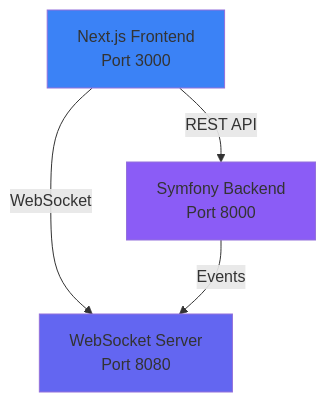
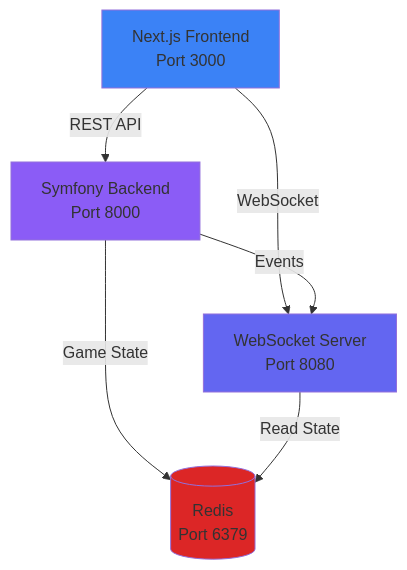
One commit to svenjens/monopoly-game changed the first of 2 diagrams in README.md. Above: the diagram before and after it, drawn with Mermaid. The commit also changed other lines of this file, not shown here.

First line of the commit message:
docs: add comprehensive UML diagrams and architecture documentation

````diff
--- a/README.md
+++ b/README.md
@@ -7,14 +8,18 @@
 ```mermaid
 graph TB
     Frontend[Next.js Frontend<br/>Port 3000]
     Backend[Symfony Backend<br/>Port 8000]
     WebSocket[WebSocket Server<br/>Port 8080]
+    Redis[(Redis<br/>Port 6379)]
     
     Frontend -->|REST API| Backend
     Frontend -->|WebSocket| WebSocket
     Backend -->|Events| WebSocket
+    Backend -->|Game State| Redis
+    WebSocket -->|Read State| Redis
     
     style Frontend fill:#3b82f6
     style Backend fill:#8b5cf6
     style WebSocket fill:#6366f1
+    style Redis fill:#dc2626
 ```
````
